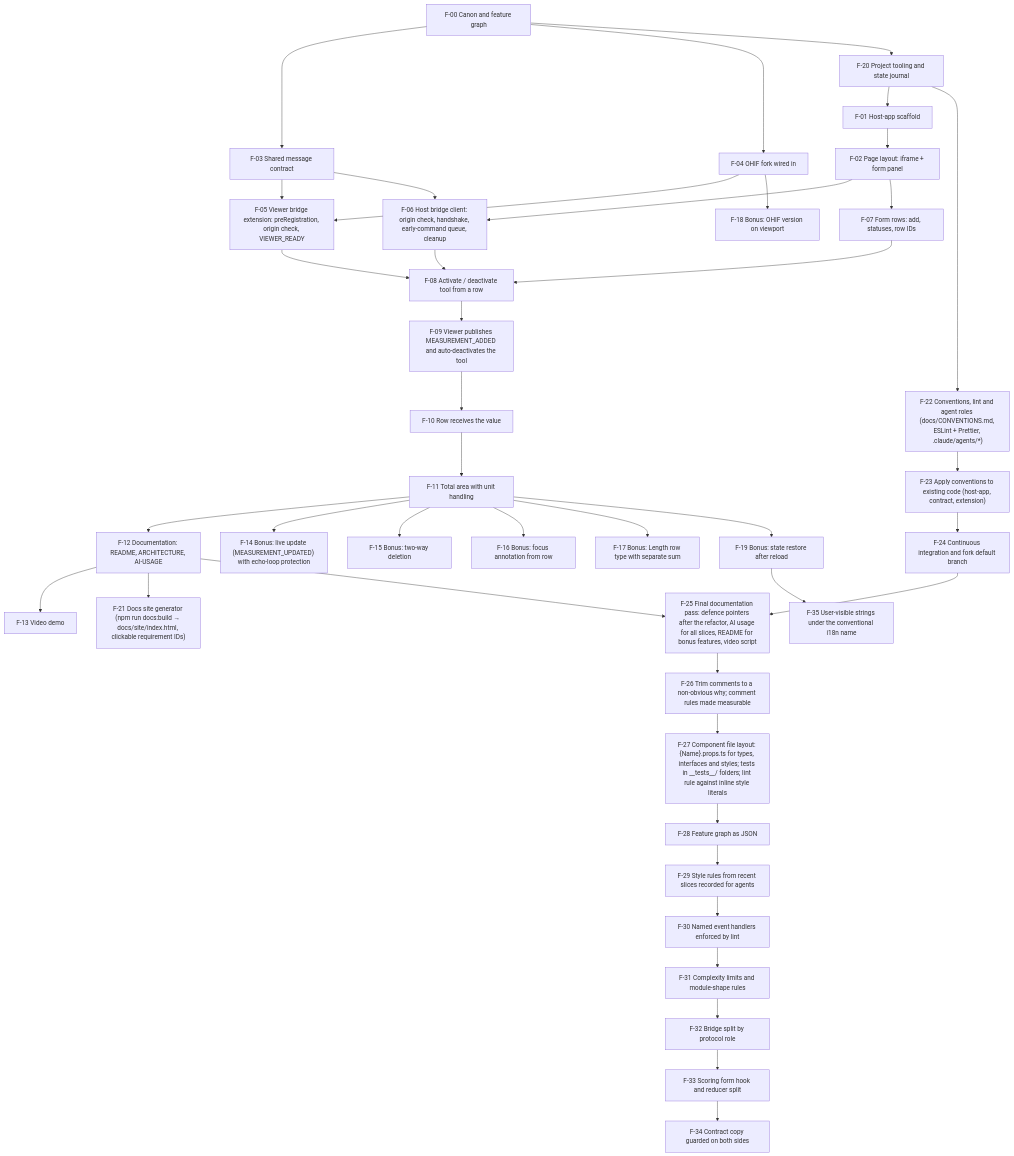
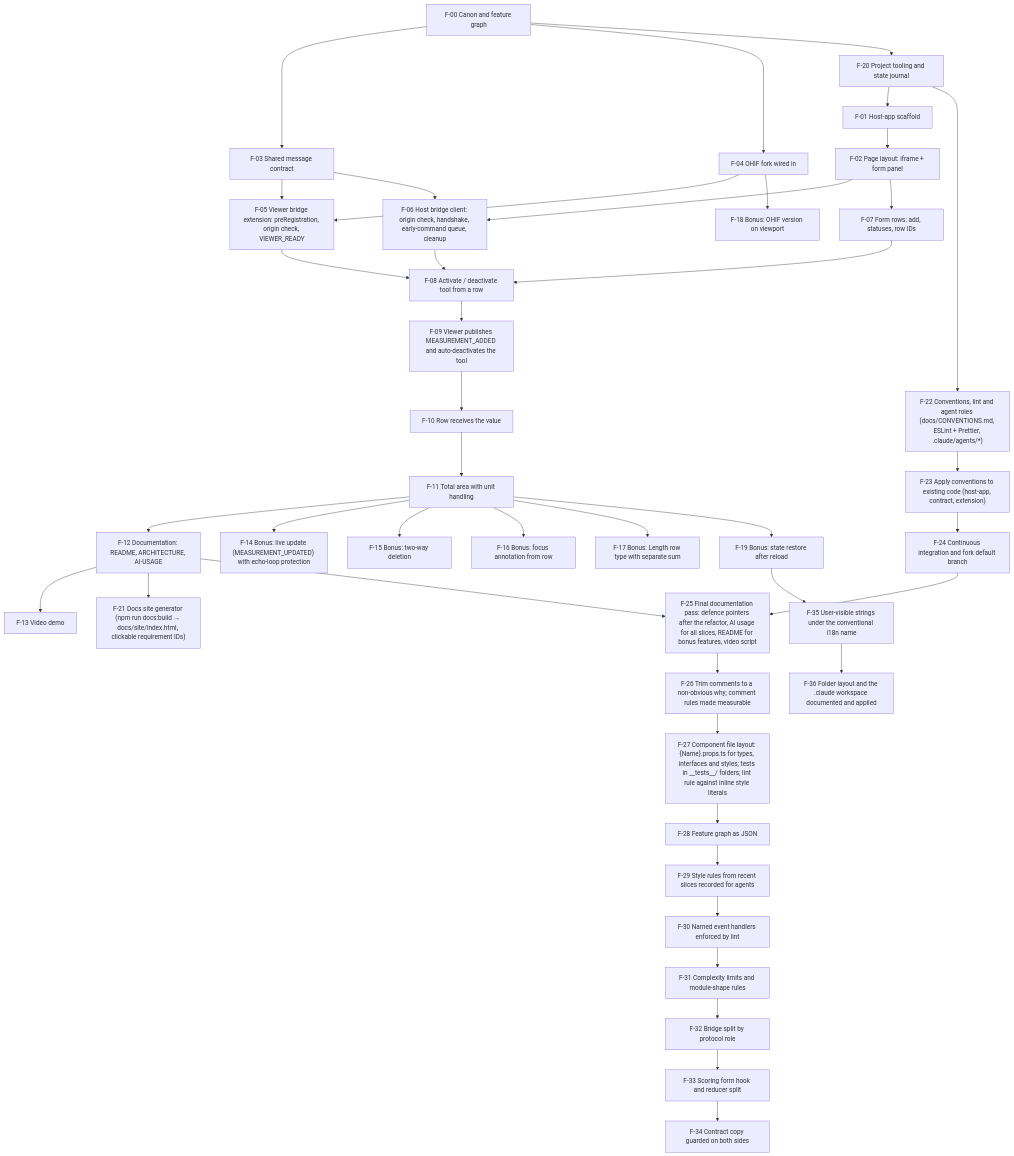
The diagram in docs/FEATURE-GRAPH.md (bdiadiun/artifact-synchronization), drawn with Mermaid before and after one commit. The commit also changed other lines of this file and 39 other files, not shown here.

````diff
--- a/docs/FEATURE-GRAPH.md
+++ b/docs/FEATURE-GRAPH.md
@@ -93,80 +94,82 @@
 ```mermaid
 graph TD
   F00["F-00 Canon and feature graph"]
   F01["F-01 Host-app scaffold"]
   F02["F-02 Page layout: iframe + form panel"]
   F03["F-03 Shared message contract"]
   F04["F-04 OHIF fork wired in"]
   F05["F-05 Viewer bridge extension: preRegistration, origin check, VIEWER_READY"]
   F06["F-06 Host bridge client: origin check, handshake, early-command queue, cleanup"]
   F07["F-07 Form rows: add, statuses, row IDs"]
   F08["F-08 Activate / deactivate tool from a row"]
   F09["F-09 Viewer publishes MEASUREMENT_ADDED and auto-deactivates the tool"]
   F10["F-10 Row receives the value"]
   F11["F-11 Total area with unit handling"]
   F12["F-12 Documentation: README, ARCHITECTURE, AI-USAGE"]
   F13["F-13 Video demo"]
   F14["F-14 Bonus: live update (MEASUREMENT_UPDATED) with echo-loop protection"]
   F15["F-15 Bonus: two-way deletion"]
   F16["F-16 Bonus: focus annotation from row"]
   F17["F-17 Bonus: Length row type with separate sum"]
   F18["F-18 Bonus: OHIF version on viewport"]
   F19["F-19 Bonus: state restore after reload"]
   F20["F-20 Project tooling and state journal"]
   F21["F-21 Docs site generator (npm run docs:build → docs/site/index.html, clickable requirement IDs)"]
   F22["F-22 Conventions, lint and agent roles (docs/CONVENTIONS.md, ESLint + Prettier, .claude/agents/*)"]
   F23["F-23 Apply conventions to existing code (host-app, contract, extension)"]
   F24["F-24 Continuous integration and fork default branch"]
   F25["F-25 Final documentation pass: defence pointers after the refactor, AI usage for all slices, README for bonus features, video script"]
   F26["F-26 Trim comments to a non-obvious why; comment rules made measurable"]
   F27["F-27 Component file layout: {Name}.props.ts for types, interfaces and styles; tests in __tests__/ folders; lint rule against inline style literals"]
   F28["F-28 Feature graph as JSON"]
   F29["F-29 Style rules from recent slices recorded for agents"]
   F30["F-30 Named event handlers enforced by lint"]
   F31["F-31 Complexity limits and module-shape rules"]
   F32["F-32 Bridge split by protocol role"]
   F33["F-33 Scoring form hook and reducer split"]
   F34["F-34 Contract copy guarded on both sides"]
   F35["F-35 User-visible strings under the conventional i18n name"]
+  F36["F-36 Folder layout and the .claude workspace documented and applied"]
 
   F20 --> F01
   F01 --> F02
   F00 --> F03
   F00 --> F04
   F03 --> F05
   F04 --> F05
   F02 --> F06
   F03 --> F06
   F02 --> F07
   F05 --> F08
   F06 --> F08
   F07 --> F08
   F08 --> F09
   F09 --> F10
   F10 --> F11
   F11 --> F12
   F12 --> F13
   F11 --> F14
   F11 --> F15
   F11 --> F16
   F11 --> F17
   F04 --> F18
   F11 --> F19
   F00 --> F20
   F12 --> F21
   F20 --> F22
   F22 --> F23
   F23 --> F24
   F12 --> F25
   F24 --> F25
   F25 --> F26
   F26 --> F27
   F27 --> F28
   F28 --> F29
   F29 --> F30
   F30 --> F31
   F31 --> F32
   F32 --> F33
   F33 --> F34
   F19 --> F35
+  F35 --> F36
 ```
````
